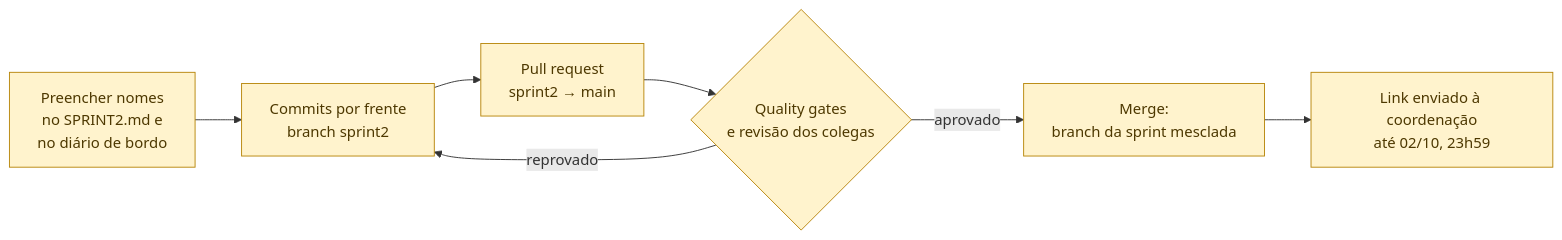
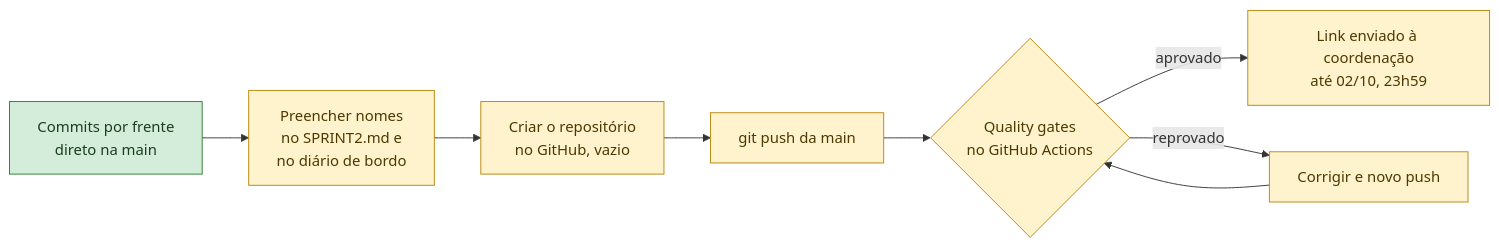
Before and after one commit to guilhermercmoraes-tech/PI2_Sprint2-Grupo-1-UFT: the second of 2 diagrams in docs/parte4/README.md, drawn with Mermaid. The commit also changed other lines of this file and 23 other files, not shown here.

````diff
--- a/docs/parte4/README.md
+++ b/docs/parte4/README.md
@@ -44,12 +45,14 @@
 ```mermaid
 flowchart LR
-    A[Preencher nomes<br/>no SPRINT2.md e<br/>no diário de bordo] --> B[Commits por frente<br/>branch sprint2]
-    B --> C[Pull request<br/>sprint2 → main]
-    C --> D{Quality gates<br/>e revisão dos colegas}
-    D -- aprovado --> E[Merge:<br/>branch da sprint mesclada]
-    D -- reprovado --> B
-    E --> F[Link enviado à coordenação<br/>até 02/10, 23h59]
+    B[Commits por frente<br/>direto na main] --> A[Preencher nomes<br/>no SPRINT2.md e<br/>no diário de bordo]
+    A --> C[Criar o repositório<br/>no GitHub, vazio]
+    C --> D[git push da main]
+    D --> E{Quality gates<br/>no GitHub Actions}
+    E -- aprovado --> F[Link enviado à coordenação<br/>até 02/10, 23h59]
+    E -- reprovado --> G[Corrigir e novo push] --> E
 
+    classDef feito fill:#d4edda,stroke:#2e7d32,color:#1b3d1f
     classDef pend fill:#fff3cd,stroke:#b8860b,color:#4d3800
-    class A,B,C,D,E,F pend
+    class B feito
+    class A,C,D,E,F,G pend
 ```
````
